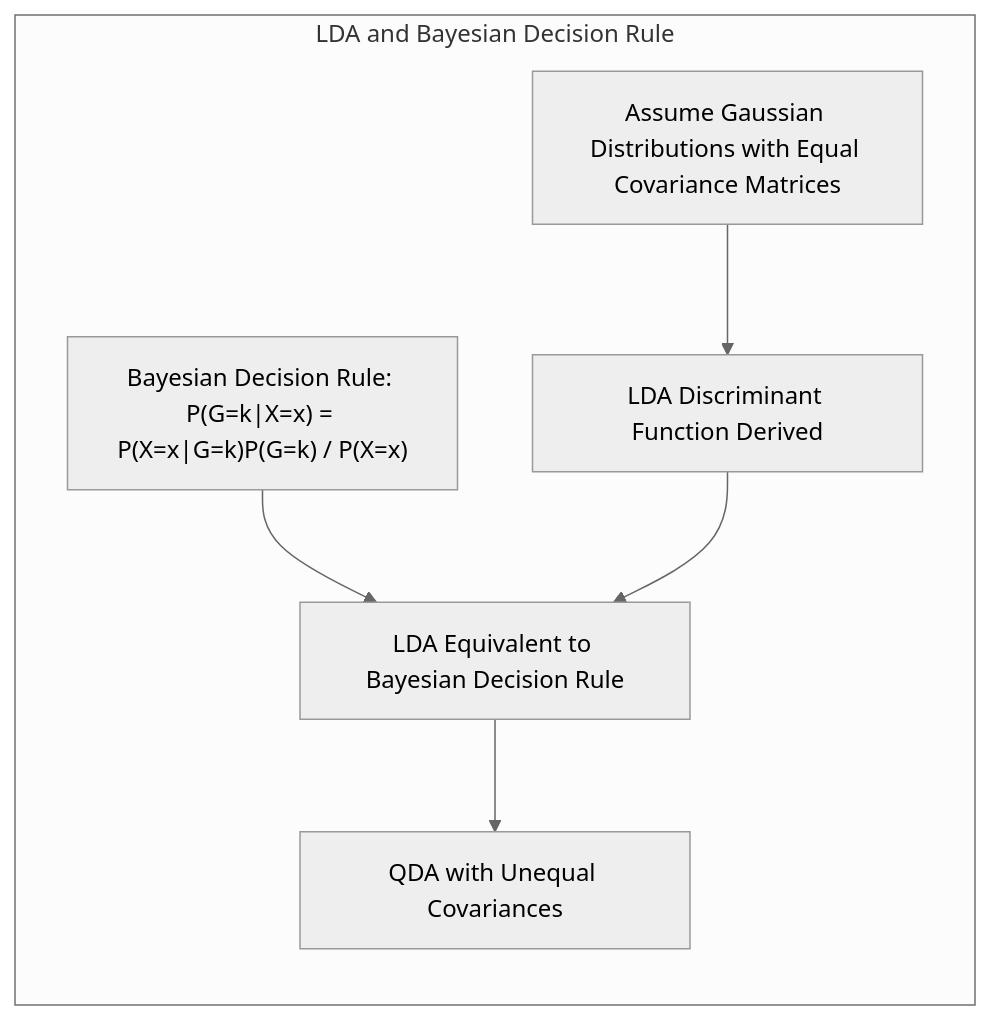
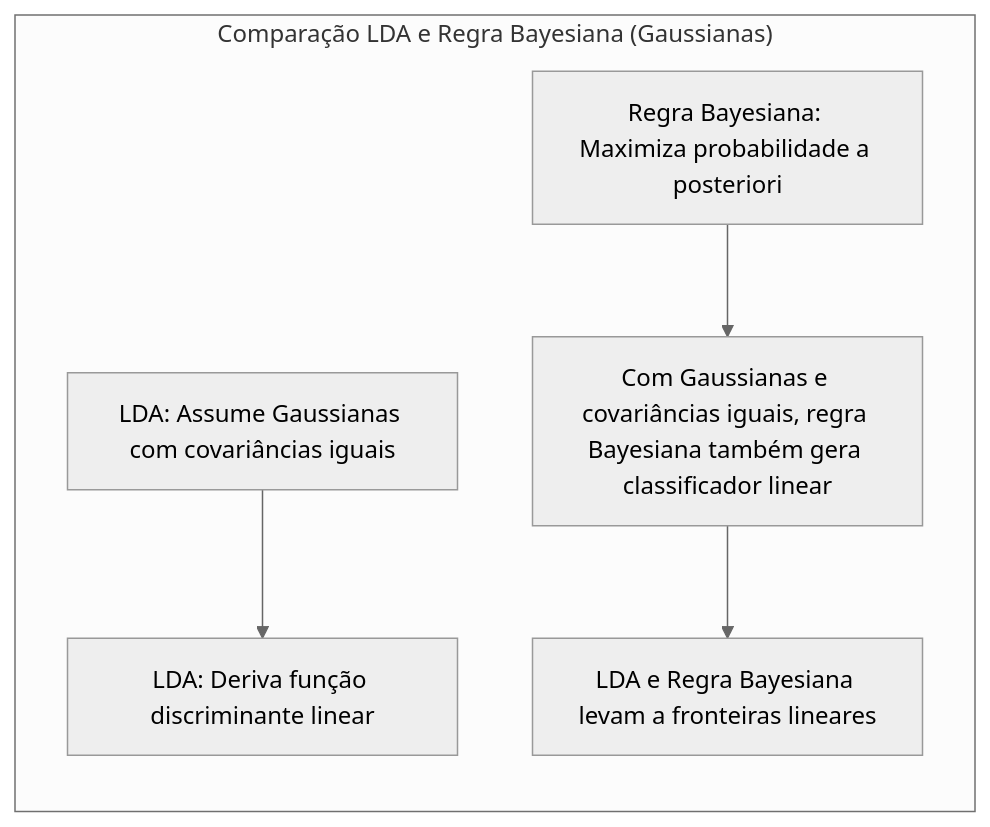
The seventh of 7 diagrams in 03. Additive Models/01. Generalized Additive Models/01. Concept Overview.md (diegomrodrigues/statistical_learning_notes), drawn with Mermaid (neutral theme) before and after one commit. The commit also changed other lines of this file and 228 other files, not shown here.

````diff
--- a/03. Additive Models/01. Generalized Additive Models/01. Concept Overview.md
+++ b/03. Additive Models/01. Generalized Additive Models/01. Concept Overview.md
@@ -352,16 +261,13 @@
 ```mermaid
 graph LR
-    subgraph "LDA and Bayesian Decision Rule"
-      direction TB
-        A["Bayesian Decision Rule: P(G=k|X=x) = P(X=x|G=k)P(G=k) / P(X=x)"]
-        B["Assume Gaussian Distributions with Equal Covariance Matrices"]
-        C["LDA Discriminant Function Derived"]
-        D["LDA Equivalent to Bayesian Decision Rule"]
-        E["QDA with Unequal Covariances"]
-        B --> C
-        A --> D
+    subgraph "Comparação LDA e Regra Bayesiana (Gaussianas)"
+        A["LDA: Assume Gaussianas com covariâncias iguais"]
+        B["LDA: Deriva função discriminante linear"]
+        C["Regra Bayesiana: Maximiza probabilidade a posteriori"]
+        D["Com Gaussianas e covariâncias iguais, regra Bayesiana também gera classificador linear"]
+        E["LDA e Regra Bayesiana levam a fronteiras lineares"]
+        A --> B
         C --> D
         D --> E
-
     end
 ```
````
